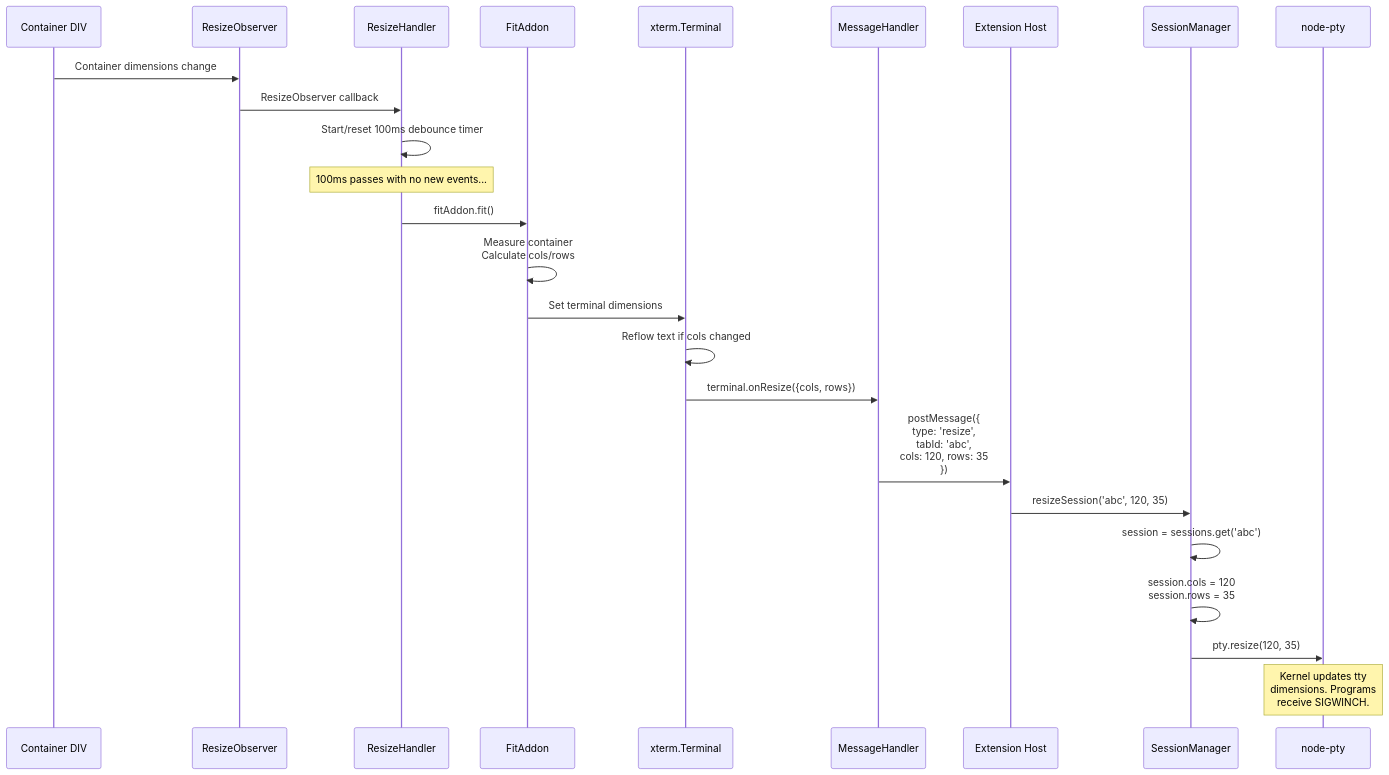
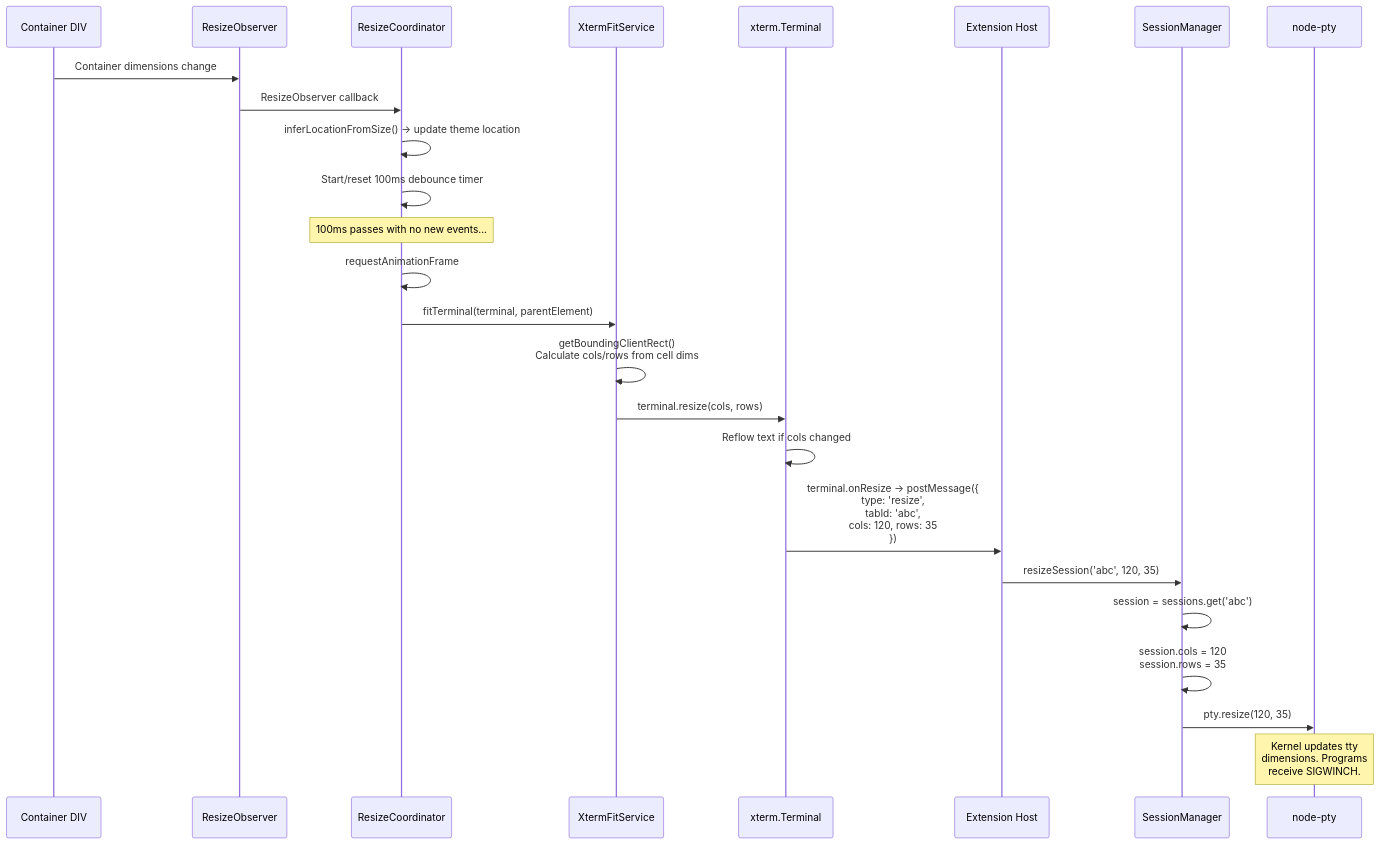
Before and after one commit to huybuidac/anywhere-terminal: the sixth of 7 diagrams in docs/design/resize-handling.md, drawn with Mermaid. The commit also changed other lines of this file and 46 other files, not shown here.

Commit message:
refactor: extract terminal factory, split renderer, and flow control into dedicated modules, reducing main.ts to a composition root, and add new webview tests.

````diff
--- a/docs/design/resize-handling.md
+++ b/docs/design/resize-handling.md
@@ -338,32 +379,31 @@
 ```mermaid
 sequenceDiagram
     participant DOM as Container DIV
     participant RO as ResizeObserver
-    participant RH as ResizeHandler
-    participant FA as FitAddon
+    participant RC as ResizeCoordinator
+    participant XFS as XtermFitService
     participant XT as xterm.Terminal
-    participant MH as MessageHandler
     participant EXT as Extension Host
     participant SM as SessionManager
     participant PTY as node-pty
 
     DOM->>RO: Container dimensions change
-    RO->>RH: ResizeObserver callback
-    RH->>RH: Start/reset 100ms debounce timer
+    RO->>RC: ResizeObserver callback
+    RC->>RC: inferLocationFromSize() → update theme location
+    RC->>RC: Start/reset 100ms debounce timer
 
-    Note over RH: 100ms passes with no new events...
+    Note over RC: 100ms passes with no new events...
 
-    RH->>FA: fitAddon.fit()
-    FA->>FA: Measure container<br/>Calculate cols/rows
-    FA->>XT: Set terminal dimensions
+    RC->>RC: requestAnimationFrame
+    RC->>XFS: fitTerminal(terminal, parentElement)
+    XFS->>XFS: getBoundingClientRect()<br/>Calculate cols/rows from cell dims
+    XFS->>XT: terminal.resize(cols, rows)
     XT->>XT: Reflow text if cols changed
-    XT->>MH: terminal.onResize({cols, rows})
-
-    MH->>EXT: postMessage({<br/>  type: 'resize',<br/>  tabId: 'abc',<br/>  cols: 120, rows: 35<br/>})
+    XT->>EXT: terminal.onResize → postMessage({<br/>  type: 'resize',<br/>  tabId: 'abc',<br/>  cols: 120, rows: 35<br/>})
 
     EXT->>SM: resizeSession('abc', 120, 35)
     SM->>SM: session = sessions.get('abc')
     SM->>SM: session.cols = 120<br/>session.rows = 35
     SM->>PTY: pty.resize(120, 35)
     Note over PTY: Kernel updates tty<br/>dimensions. Programs<br/>receive SIGWINCH.
 ```
````
